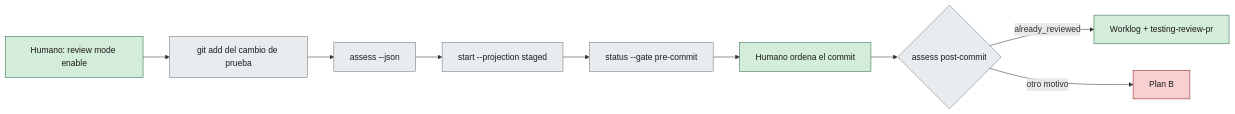
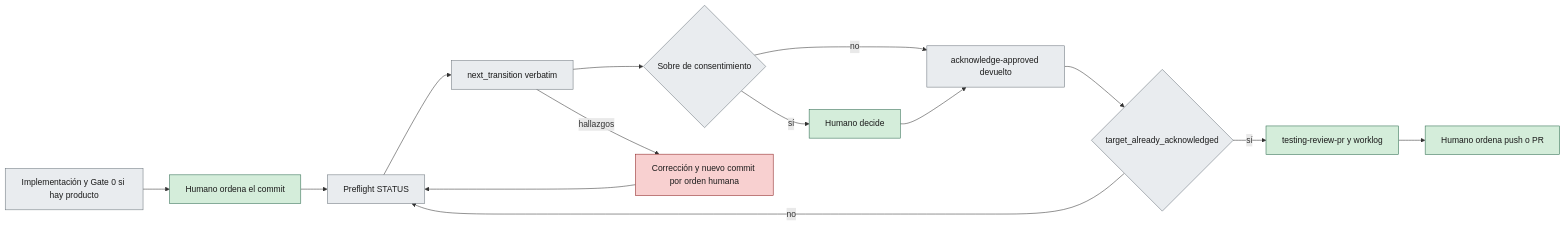
The diagram in docs/piloto-rdd-hibrido.md (Cyberdine-Systems-Corporation/ShiftFlow-sdaf), drawn with Mermaid before and after one commit. The commit also changed other lines of this file and 3 other files, not shown here.

````diff
--- a/docs/piloto-rdd-hibrido.md
+++ b/docs/piloto-rdd-hibrido.md
@@ -59,17 +30,22 @@
 ```mermaid
 flowchart LR
-  Act[Humano: review mode enable] --> Stage[git add del cambio de prueba]
-  Stage --> Pre[assess --json]
-  Pre --> Start[start --projection staged]
-  Start --> Status[status --gate pre-commit]
-  Status --> Commit[Humano ordena el commit]
-  Commit --> Post{assess post-commit}
-  Post -->|already_reviewed| Wl[Worklog + testing-review-pr]
-  Post -->|otro motivo| PlanB[Plan B]
+  Impl[Implementación y Gate 0 si hay producto] --> Commit[Humano ordena el commit]
+  Commit --> Pre[Preflight STATUS]
+  Pre --> Exec[next_transition verbatim]
+  Exec --> Cons{Sobre de consentimiento}
+  Cons -->|sí| Hum[Humano decide]
+  Cons -->|no| Ack[acknowledge-approved devuelto]
+  Hum --> Ack
+  Ack --> Done{target_already_acknowledged}
+  Done -->|no| Pre
+  Done -->|sí| TR[testing-review-pr y worklog]
+  Exec -->|hallazgos| Fix[Corrección y nuevo commit por orden humana]
+  Fix --> Pre
+  TR --> PR[Humano ordena push o PR]
   classDef ok fill:#d4edda,stroke:#2d6a4f,color:#1a1a1a;
   classDef stop fill:#f8d0d0,stroke:#8b1e1e,color:#1a1a1a;
   classDef stub fill:#e9ecef,stroke:#6c757d,color:#1a1a1a;
-  class Act,Commit,Wl ok
-  class PlanB stop
-  class Stage,Pre,Start,Status,Post stub
+  class Commit,Hum,TR,PR ok
+  class Fix stop
+  class Impl,Pre,Exec,Cons,Ack,Done stub
 ```
````
